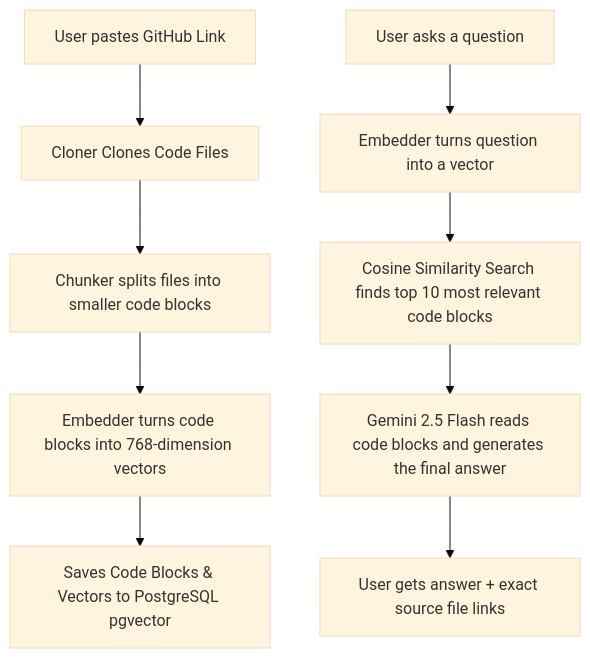
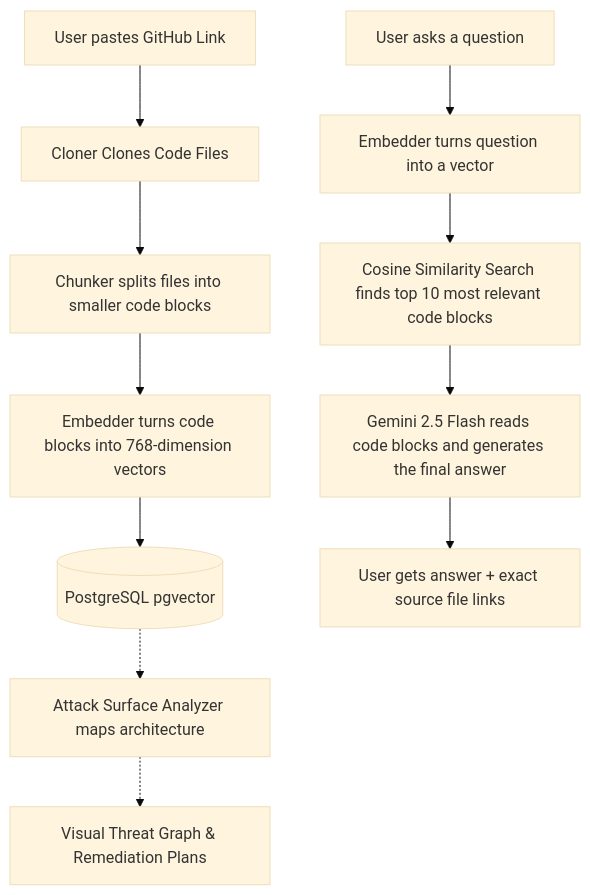
One commit to 9-Rahul/repo-lense changed the diagram in README.md. Above: the diagram before and after it, drawn with Mermaid (base theme). The commit also changed other lines of this file and 4 other files, not shown here.

First line of the commit message:
Add attack surface analyzer; support branch clones

````diff
--- a/README.md
+++ b/README.md
@@ -101,11 +103,13 @@
 ```mermaid
 graph TD
     A[User pastes GitHub Link] --> B[Cloner Clones Code Files]
     B --> C[Chunker splits files into smaller code blocks]
     C --> D[Embedder turns code blocks into 768-dimension vectors]
-    D --> E[Saves Code Blocks & Vectors to PostgreSQL pgvector]
+    D --> E[(PostgreSQL pgvector)]
     F[User asks a question] --> G[Embedder turns question into a vector]
     G --> H[Cosine Similarity Search finds top 10 most relevant code blocks]
     H --> I[Gemini 2.5 Flash reads code blocks and generates the final answer]
     I --> J[User gets answer + exact source file links]
+    E -.-> K[Attack Surface Analyzer maps architecture]
+    K -.-> L[Visual Threat Graph & Remediation Plans]
 ```
````
